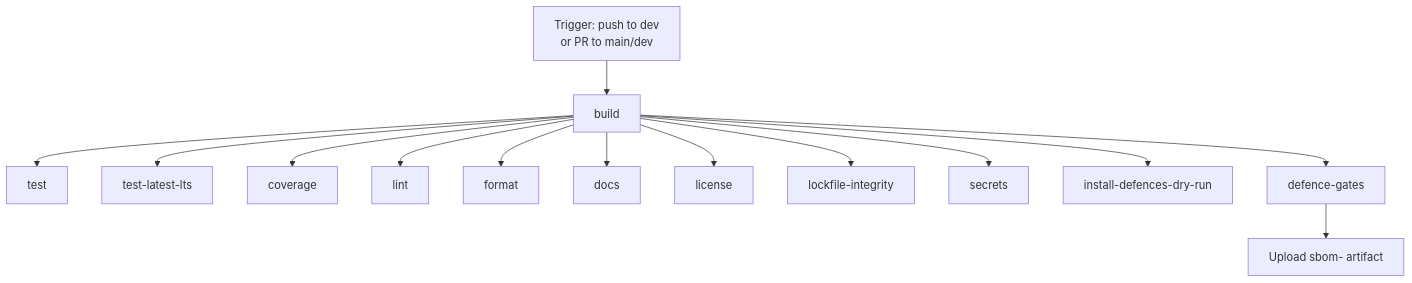
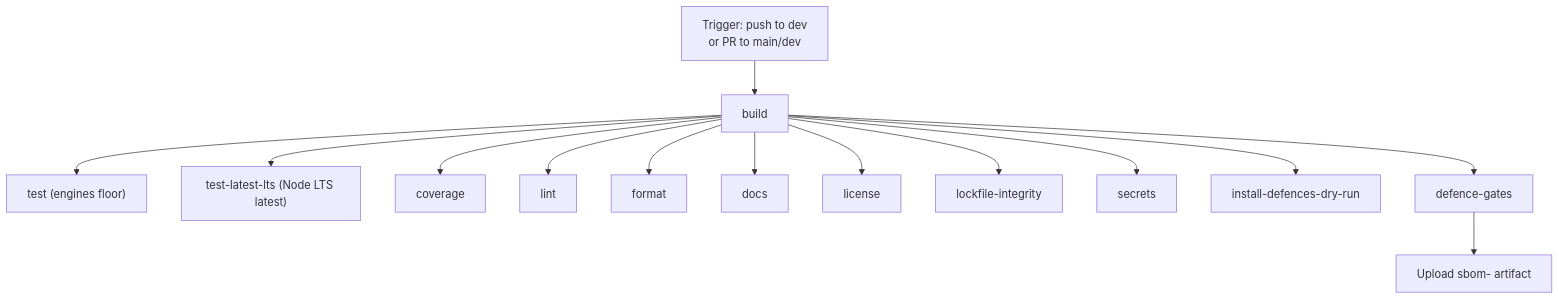
The diagram in docs/en/ci-cd-overview.md (adrianoenache/learn-supply-chain-attack-defence), drawn with Mermaid before and after one commit. The commit also changed 4 other files, not shown here.

Commit message:
docs(ci): reflect the Test (engines floor) display name (EN/PT)

````diff
--- a/docs/en/ci-cd-overview.md
+++ b/docs/en/ci-cd-overview.md
@@ -14,16 +14,16 @@
 ```mermaid
 graph TD
   A[Trigger: push to dev<br/>or PR to main/dev] --> B[build]
-  B --> C[test]
-  B --> C2[test-latest-lts]
+  B --> C["test (engines floor)"]
+  B --> C2["test-latest-lts (Node LTS latest)"]
   B --> D[coverage]
   B --> E[lint]
   B --> F[format]
   B --> G[docs]
   B --> H[license]
   B --> I[lockfile-integrity]
   B --> J[secrets]
   B --> K[install-defences-dry-run]
   B --> L[defence-gates]
   L --> M[Upload sbom-<run-id> artifact]
 ```
````
